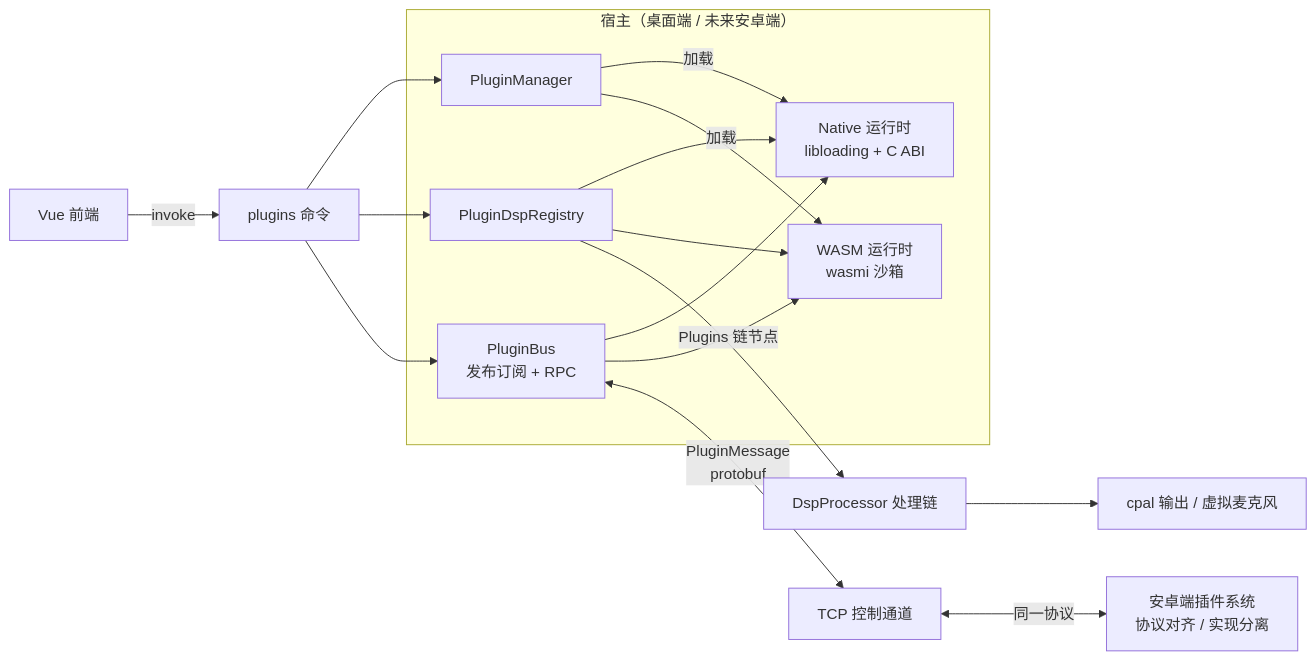
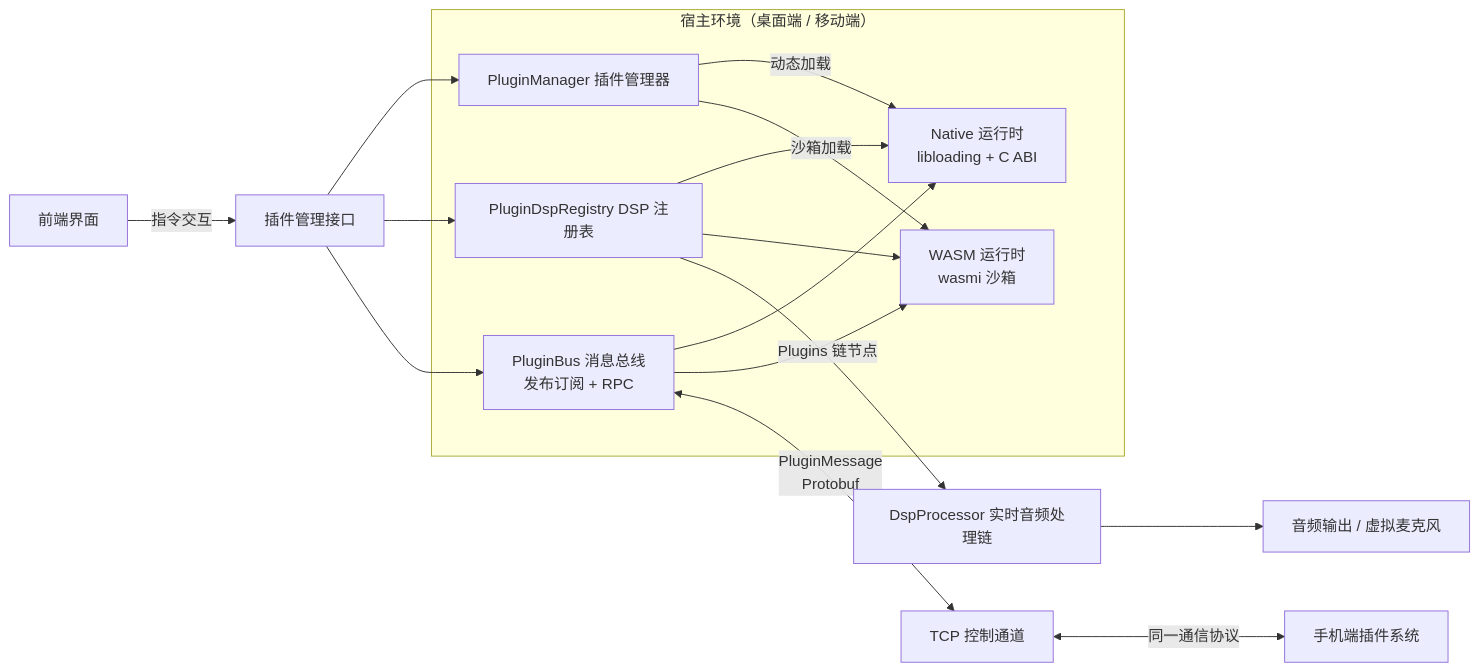
One commit to MicYou-Dev/Website-MicYou changed the first of 2 diagrams in src/docs/plugin/plugin-overview.md. Above: the diagram before and after it, drawn with Mermaid. The commit also changed other lines of this file and 48 other files, not shown here.

````diff
--- a/src/docs/plugin/plugin-overview.md
+++ b/src/docs/plugin/plugin-overview.md
@@ -18,22 +20,22 @@
 ```mermaid
 flowchart LR
-  subgraph Host["宿主（桌面端 / 未来安卓端）"]
-    PM["PluginManager"] -->|加载| N["Native 运行时<br/>libloading + C ABI"]
-    PM -->|加载| W["WASM 运行时<br/>wasmi 沙箱"]
-    BUS["PluginBus<br/>发布订阅 + RPC"] --> N
+  subgraph Host["宿主环境（桌面端 / 移动端）"]
+    PM["PluginManager 插件管理器"] -->|动态加载| N["Native 运行时<br/>libloading + C ABI"]
+    PM -->|沙箱加载| W["WASM 运行时<br/>wasmi 沙箱"]
+    BUS["PluginBus 消息总线<br/>发布订阅 + RPC"] --> N
     BUS --> W
-    DSP["PluginDspRegistry"] --> N
+    DSP["PluginDspRegistry DSP 注册表"] --> N
     DSP --> W
   end
 
-  DSP -->|"Plugins 链节点"| CHAIN["DspProcessor 处理链"]
-  CHAIN --> OUT["cpal 输出 / 虚拟麦克风"]
+  DSP -->|"Plugins 链节点"| CHAIN["DspProcessor 实时音频处理链"]
+  CHAIN --> OUT["音频输出 / 虚拟麦克风"]
 
-  BUS <-->|PluginMessage<br/>protobuf| TCP["TCP 控制通道"]
-  TCP <-->|同一协议| PHONE["安卓端插件系统<br/>协议对齐 / 实现分离"]
+  BUS <-->|PluginMessage<br/>Protobuf| TCP["TCP 控制通道"]
+  TCP <-->|同一通信协议| PHONE["手机端插件系统"]
 
-  GUI["Vue 前端"] -->|invoke| CMDS["plugins 命令"]
+  GUI["前端界面"] -->|指令交互| CMDS["插件管理接口"]
   CMDS --> PM
   CMDS --> DSP
   CMDS --> BUS
 ```
````
